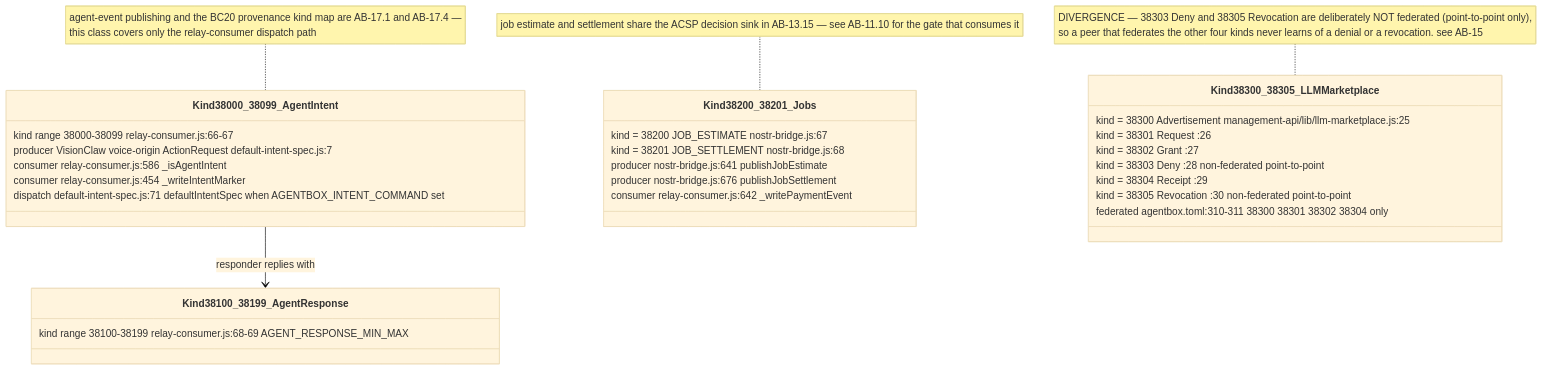
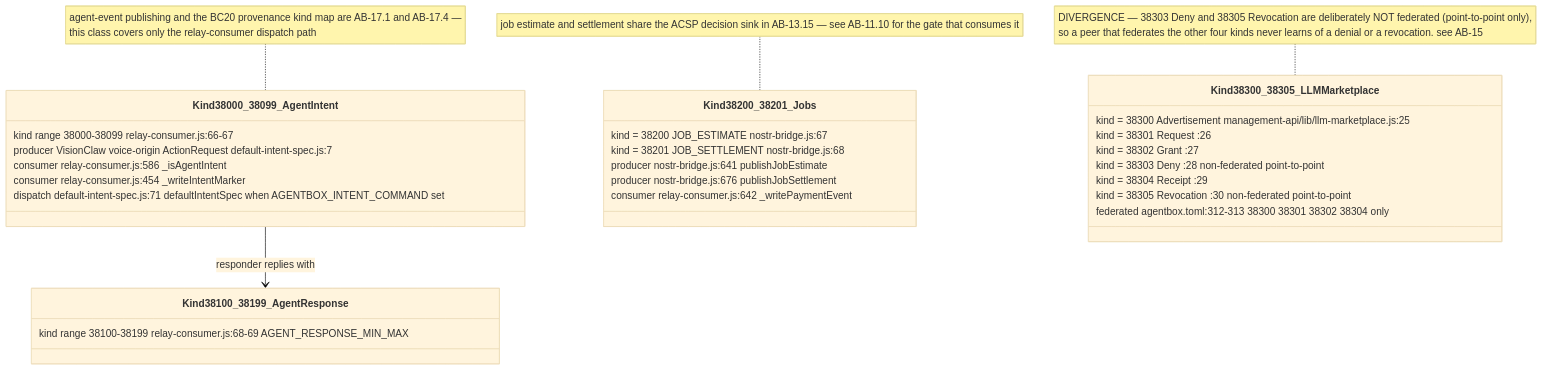
The sixth of 16 diagrams in docs/diagrams/agentbox/13-nostr-relay-gateway-bridge-mirror.md (DreamLab-AI/VisionFlow), drawn with Mermaid (base theme) before and after one commit. The commit also changed other lines of this file and 136 other files, not shown here.

First line of the commit message:
docs(diagrams): refresh the whole corpus to code HEAD and prune low-value diagrams

````diff
--- a/docs/diagrams/agentbox/13-nostr-relay-gateway-bridge-mirror.md
+++ b/docs/diagrams/agentbox/13-nostr-relay-gateway-bridge-mirror.md
@@ -231,33 +231,33 @@
 ```mermaid
 classDiagram
     class Kind38000_38099_AgentIntent {
         kind range 38000-38099 relay-consumer.js:66-67
         producer VisionClaw voice-origin ActionRequest default-intent-spec.js:7
         consumer relay-consumer.js:586 _isAgentIntent
         consumer relay-consumer.js:454 _writeIntentMarker
         dispatch default-intent-spec.js:71 defaultIntentSpec when AGENTBOX_INTENT_COMMAND set
     }
     class Kind38100_38199_AgentResponse {
         kind range 38100-38199 relay-consumer.js:68-69 AGENT_RESPONSE_MIN_MAX
     }
     class Kind38200_38201_Jobs {
         kind = 38200 JOB_ESTIMATE nostr-bridge.js:67
         kind = 38201 JOB_SETTLEMENT nostr-bridge.js:68
         producer nostr-bridge.js:641 publishJobEstimate
         producer nostr-bridge.js:676 publishJobSettlement
         consumer relay-consumer.js:642 _writePaymentEvent
     }
     class Kind38300_38305_LLMMarketplace {
         kind = 38300 Advertisement management-api/lib/llm-marketplace.js:25
         kind = 38301 Request :26
         kind = 38302 Grant :27
         kind = 38303 Deny :28 non-federated point-to-point
         kind = 38304 Receipt :29
         kind = 38305 Revocation :30 non-federated point-to-point
-        federated agentbox.toml:310-311 38300 38301 38302 38304 only
+        federated agentbox.toml:312-313 38300 38301 38302 38304 only
     }
     Kind38000_38099_AgentIntent --> Kind38100_38199_AgentResponse : responder replies with
     note for Kind38200_38201_Jobs "job estimate and settlement share the ACSP decision sink in AB-13.15 — see AB-11.10 for the gate that consumes it"
     note for Kind38000_38099_AgentIntent "agent-event publishing and the BC20 provenance kind map are AB-17.1 and AB-17.4 —<br/>this class covers only the relay-consumer dispatch path"
     note for Kind38300_38305_LLMMarketplace "DIVERGENCE — 38303 Deny and 38305 Revocation are deliberately NOT federated (point-to-point only),<br/>so a peer that federates the other four kinds never learns of a denial or a revocation. see AB-15"
 ```
````
